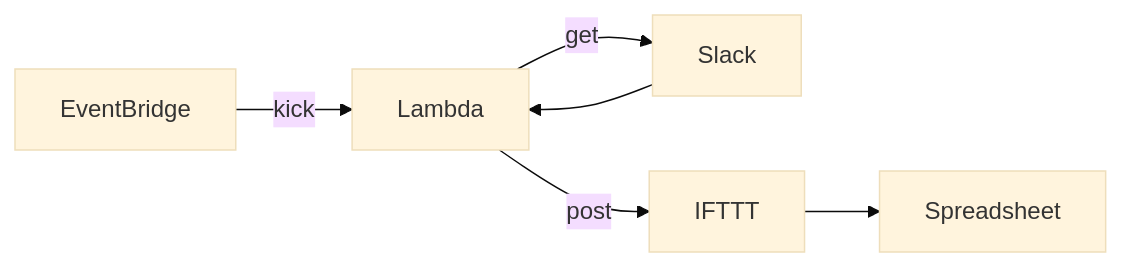
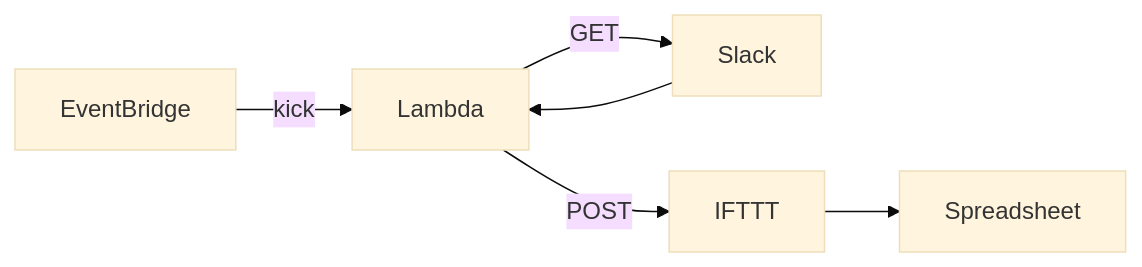
The diagram in README.md (takaiyuk/kakeibo-rs), drawn with Mermaid (base theme) before and after one commit. The commit also changed other lines of this file, not shown here.

````diff
--- a/README.md
+++ b/README.md
@@ -13,8 +13,8 @@
 ```mermaid
 graph LR;
     EventBridge -- kick --> Lambda;
-    Lambda -- get --> Slack
+    Lambda -- GET --> Slack
     Slack --> Lambda;
-    Lambda -- post --> IFTTT;
+    Lambda -- POST --> IFTTT;
     IFTTT --> Spreadsheet;
 ```
````
